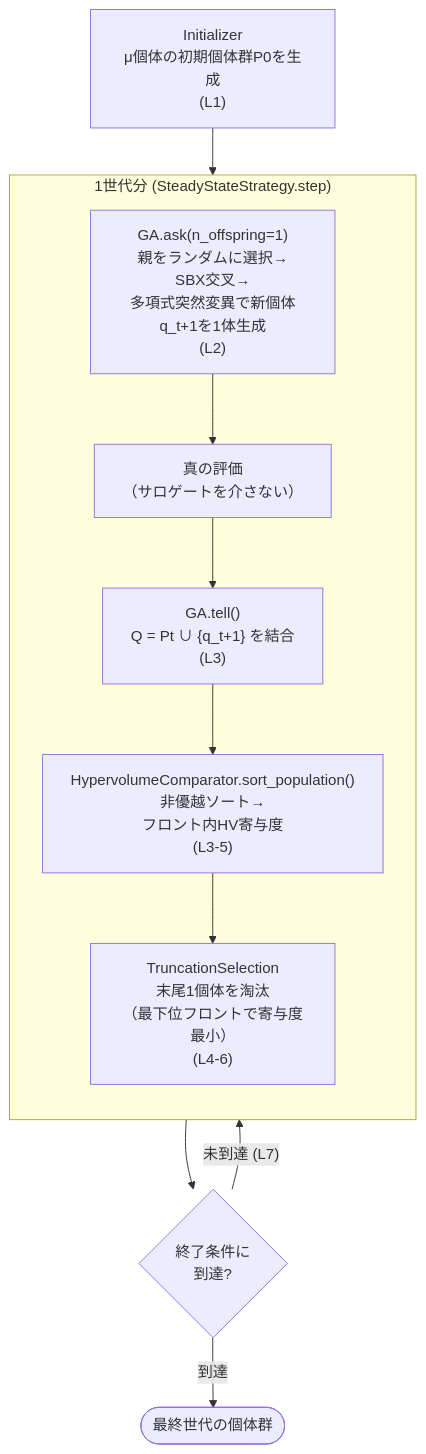
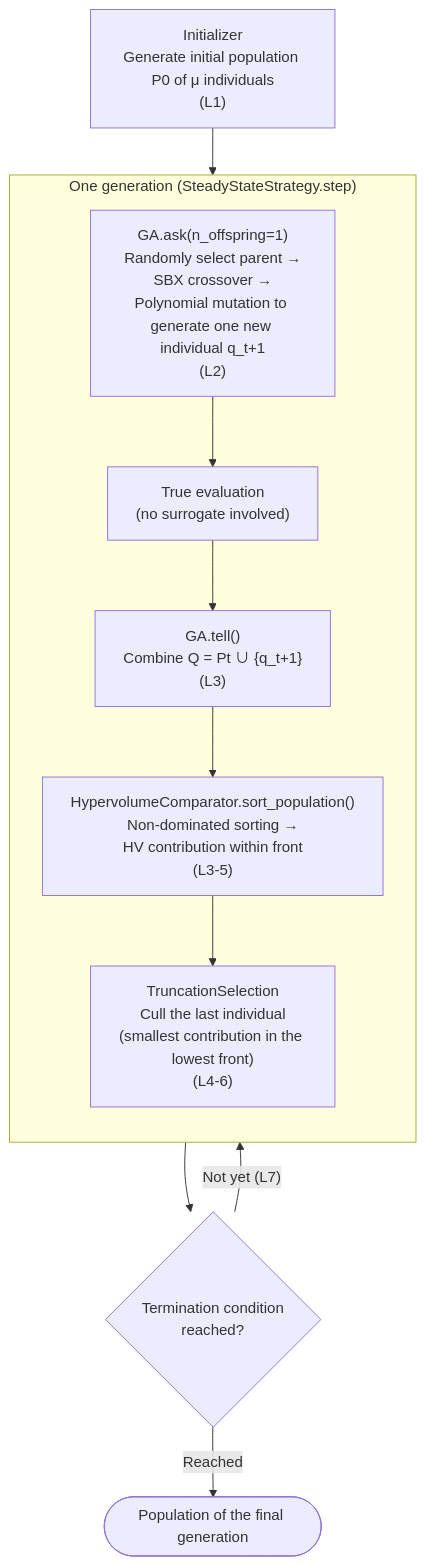
Before and after one commit to shlka/saealib: the diagram in docs/algorithms/sms_emoa.md, drawn with Mermaid. The commit also changed other lines of this file and 50 other files, not shown here.

````diff
--- a/docs/algorithms/sms_emoa.md
+++ b/docs/algorithms/sms_emoa.md
@@ -40,14 +40,14 @@
 ```{mermaid}
 flowchart TD
-    INIT["Initializer<br/>μ個体の初期個体群P0を生成<br/>(L1)"] --> GEN
-    subgraph GEN["1世代分 (SteadyStateStrategy.step)"]
+    INIT["Initializer<br/>Generate initial population P0 of μ individuals<br/>(L1)"] --> GEN
+    subgraph GEN["One generation (SteadyStateStrategy.step)"]
         direction TB
-        ASK["GA.ask(n_offspring=1)<br/>親をランダムに選択→<br/>SBX交叉→<br/>多項式突然変異で新個体q_t+1を1体生成<br/>(L2)"] --> EVAL["真の評価<br/>（サロゲートを介さない）"]
-        EVAL --> COMB["GA.tell()<br/>Q = Pt ∪ {q_t+1} を結合<br/>(L3)"]
-        COMB --> SORT["HypervolumeComparator.sort_population()<br/>非優越ソート→<br/>フロント内HV寄与度<br/>(L3-5)"]
-        SORT --> TRUNC["TruncationSelection<br/>末尾1個体を淘汰<br/>（最下位フロントで寄与度最小）<br/>(L4-6)"]
+        ASK["GA.ask(n_offspring=1)<br/>Randomly select parent →<br/>SBX crossover →<br/>Polynomial mutation to generate one new individual q_t+1<br/>(L2)"] --> EVAL["True evaluation<br/>(no surrogate involved)"]
+        EVAL --> COMB["GA.tell()<br/>Combine Q = Pt ∪ {q_t+1}<br/>(L3)"]
+        COMB --> SORT["HypervolumeComparator.sort_population()<br/>Non-dominated sorting →<br/>HV contribution within front<br/>(L3-5)"]
+        SORT --> TRUNC["TruncationSelection<br/>Cull the last individual<br/>(smallest contribution in the lowest front)<br/>(L4-6)"]
     end
-    GEN --> TERM{"終了条件に<br/>到達?"}
-    TERM -- "未到達 (L7)" --> GEN
-    TERM -- "到達" --> RESULT(["最終世代の個体群"])
+    GEN --> TERM{"Termination condition<br/>reached?"}
+    TERM -- "Not yet (L7)" --> GEN
+    TERM -- "Reached" --> RESULT(["Population of the final generation"])
 ```
````
